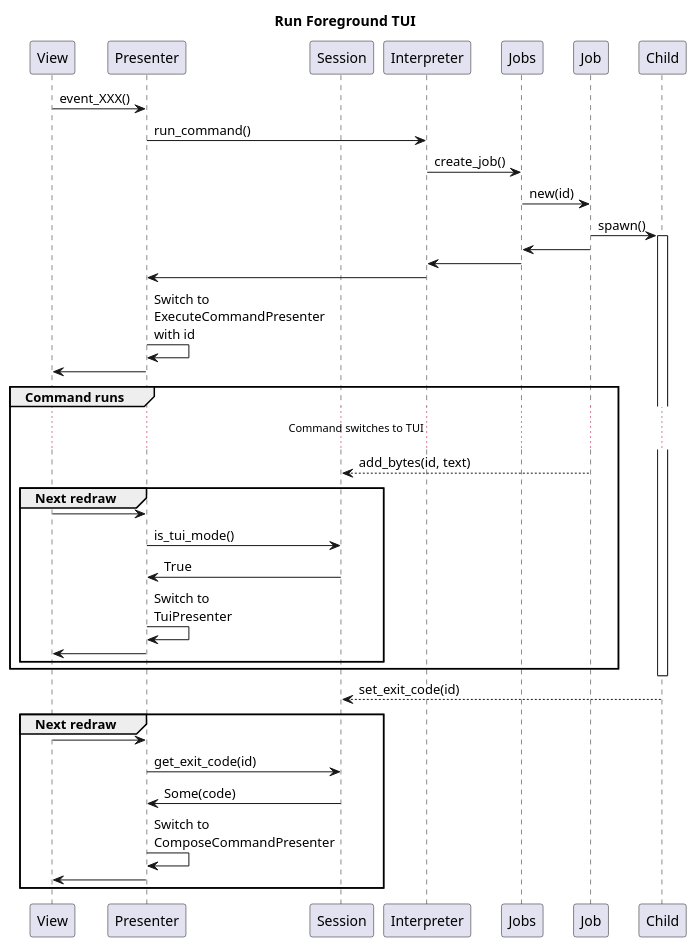
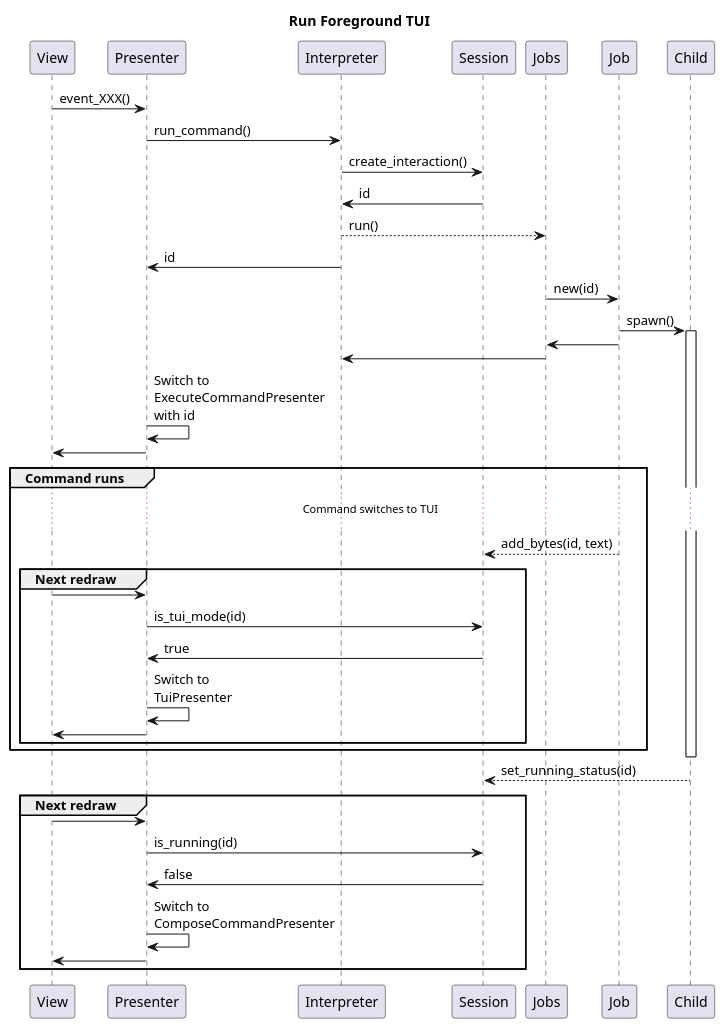
The sixth of 7 diagrams in doc/architecture.pu (LarsEKrueger/bite), drawn with PlantUML before and after one commit. The commit also changed other lines of this file and 10 other files, not shown here.

```diff
--- a/doc/architecture.pu
+++ b/doc/architecture.pu
@@ -191,41 +168,45 @@
 @startuml
 title Run Foreground TUI
 
 View -> Presenter : event_XXX()
-participant Session
 Presenter -> Interpreter : run_command()
-Interpreter -> Jobs : create_job()
+Interpreter -> Session : create_interaction()
+Session -> Interpreter : id
+Interpreter --> Jobs : run()
+Interpreter -> Presenter : id
+
 Jobs -> Job : new(id)
 Job -> Child : spawn()
 activate Child
 Job -> Jobs
 Jobs -> Interpreter
-Interpreter -> Presenter
+
 Presenter -> Presenter : Switch to\nExecuteCommandPresenter\nwith id
 Presenter -> View
 
 group Command runs
   ... Command switches to TUI  ...
   Job --> Session : add_bytes(id, text)
 
   group Next redraw
     View -> Presenter
-    Presenter -> Session : is_tui_mode()
-    Session -> Presenter : True
+    Presenter -> Session : is_tui_mode(id)
+    Session -> Presenter : true
     Presenter -> Presenter : Switch to\nTuiPresenter
     Presenter -> View
   end
+
 end
 
 deactivate Child
-Child --> Session : set_exit_code(id)
+Child --> Session : set_running_status(id)
 
 group Next redraw
   View -> Presenter
-  Presenter -> Session : get_exit_code(id)
-  Session -> Presenter : Some(code)
+  Presenter -> Session : is_running(id)
+  Session -> Presenter : false
   Presenter -> Presenter : Switch to\nComposeCommandPresenter
   Presenter -> View
 end
 
 @enduml
```
